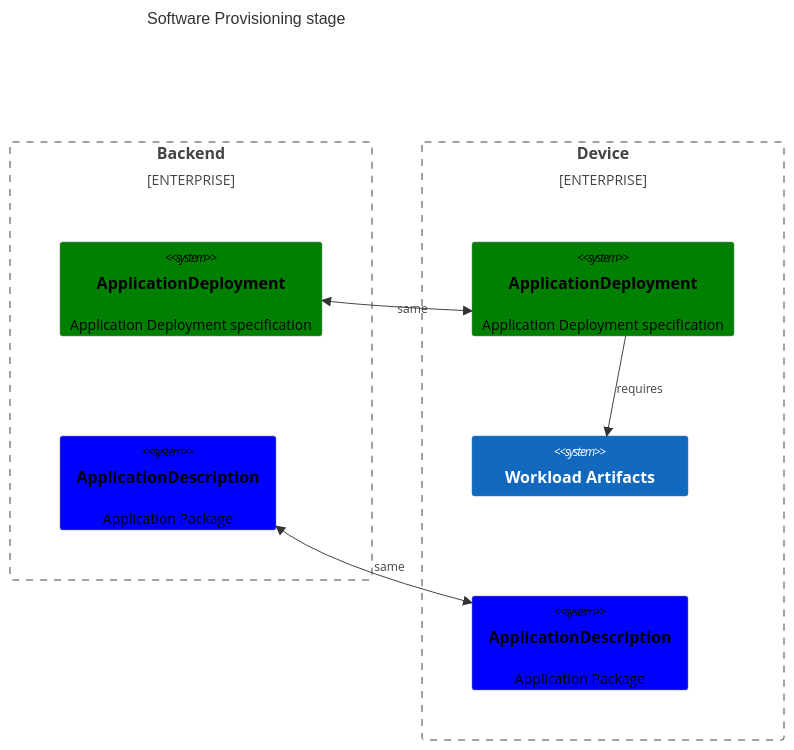
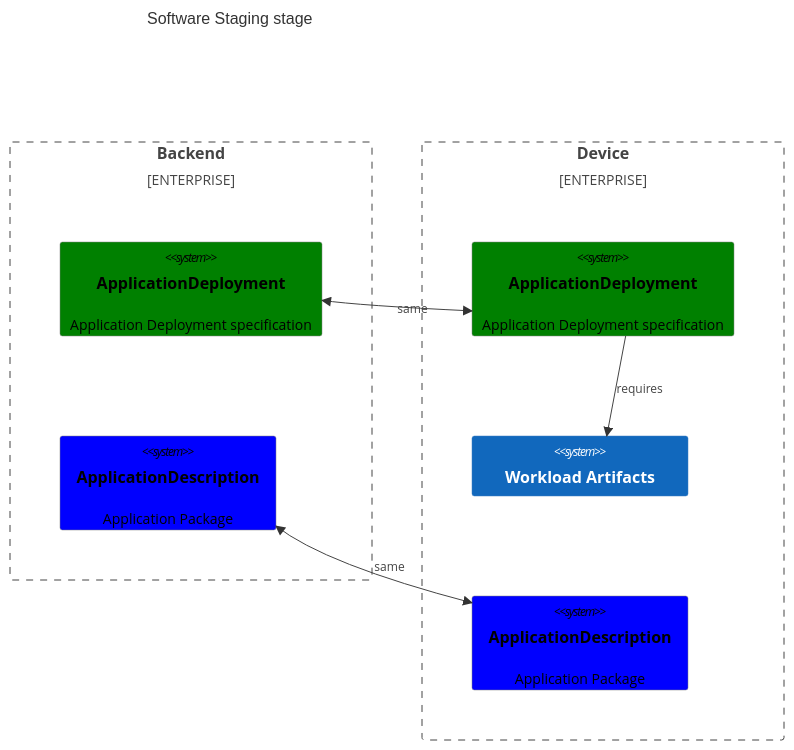
The fifth of 10 diagrams in system-design/margo-overview/software-composition.md (margo/specification), drawn with Mermaid before and after one commit. The commit also changed other lines of this file, not shown here.

Commit message:
fix: use "stage" instead of "provision"

````diff
--- a/system-design/margo-overview/software-composition.md
+++ b/system-design/margo-overview/software-composition.md
@@ -233,25 +233,25 @@
 ```mermaid
 C4Context
-    title Software Provisioning stage
+    title Software Staging stage
 
     UpdateLayoutConfig($c4BoundaryInRow="1", $c4ShapeInRow="2")
 
     Enterprise_Boundary(be, "Backend") {
         System(apdb, "ApplicationDeployment", "Application Deployment specification")
         System(appb, "ApplicationDescription", "Application Package")
     }
 
     Enterprise_Boundary(dev, "Device") {
         System(apdd, "ApplicationDeployment", "Application Deployment specification")
         System(wls, "Workload Artifacts")
         System(appd, "ApplicationDescription", "Application Package")
         Rel(apdd, wls, "requires")
     }
 
     BiRel(apdb, apdd, "same")
     BiRel(appb, appd, "same")
     UpdateElementStyle(appb, $fontColor="black", $bgColor="blue", $borderColor="grey")
     UpdateElementStyle(appd, $fontColor="black", $bgColor="blue", $borderColor="grey")
     UpdateElementStyle(apdb, $fontColor="black", $bgColor="green", $borderColor="grey")
     UpdateElementStyle(apdd, $fontColor="black", $bgColor="green", $borderColor="grey")
 ```
````
